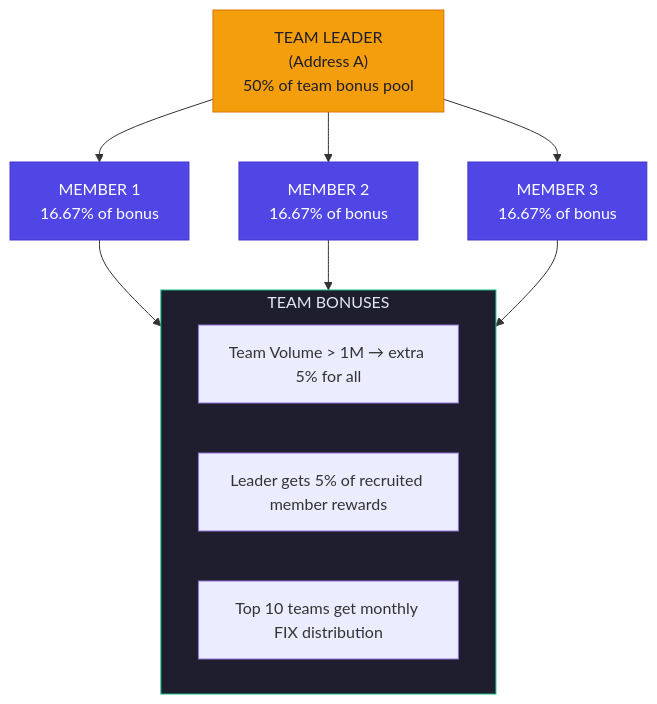
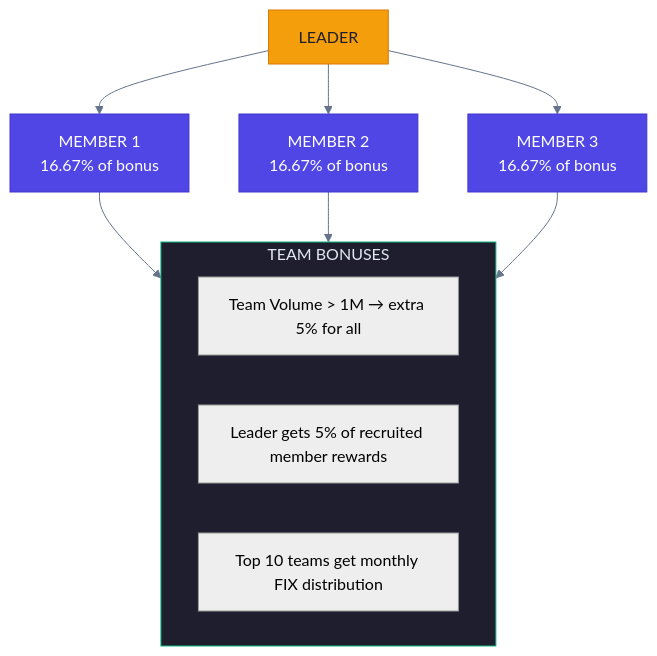
One commit to guglxni/the-fixer-hook changed the fourth of 13 diagrams in docs/ENHANCEMENT_BRAINSTORM.md. Above: the diagram before and after it, drawn with Mermaid. The commit also changed other lines of this file and 514 other files, not shown here.

Commit message:
Clean docs: remove emojis, add professional mermaid styling

````diff
--- a/docs/ENHANCEMENT_BRAINSTORM.md
+++ b/docs/ENHANCEMENT_BRAINSTORM.md
@@ -223,23 +217,20 @@
 ```mermaid
+%%{init: {'theme': 'neutral', 'themeVariables': { 'primaryColor': '#2563eb', 'primaryTextColor': '#1e293b', 'primaryBorderColor': '#3b82f6', 'lineColor': '#64748b', 'secondaryColor': '#f1f5f9', 'tertiaryColor': '#e2e8f0'}}}%%
 flowchart TD
-    LEADER["TEAM LEADER\n(Address A)\n50% of team bonus pool"]
     LEADER --> M1["MEMBER 1\n16.67% of bonus"]
     LEADER --> M2["MEMBER 2\n16.67% of bonus"]
     LEADER --> M3["MEMBER 3\n16.67% of bonus"]
-
     subgraph bonuses["TEAM BONUSES"]
         B1["Team Volume > 1M → extra 5% for all"]
         B2["Leader gets 5% of recruited member rewards"]
         B3["Top 10 teams get monthly FIX distribution"]
     end
-
     M1 --> bonuses
     M2 --> bonuses
     M3 --> bonuses
-
     style LEADER fill:#F59E0B,color:#1E1E2E,stroke:#D97706
     style M1 fill:#4F46E5,color:#FFFFFF,stroke:#4338CA
     style M2 fill:#4F46E5,color:#FFFFFF,stroke:#4338CA
     style M3 fill:#4F46E5,color:#FFFFFF,stroke:#4338CA
     style bonuses fill:#1E1E2E,color:#E2E8F0,stroke:#10B981
 ```
````
